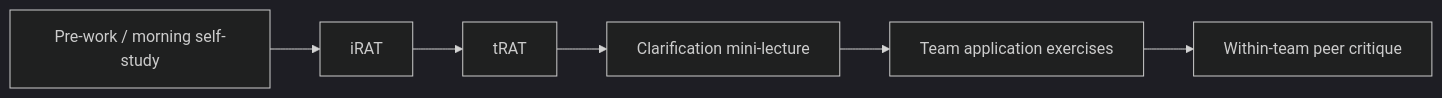
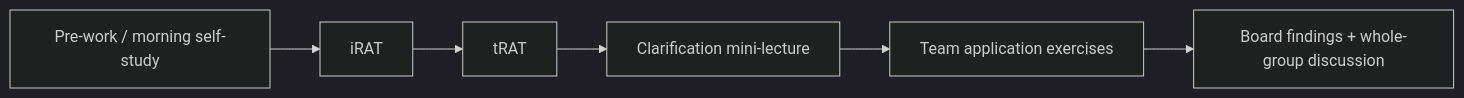
Before and after one commit to noacs-io/principles-and-workflows-for-reproducible-science: the diagram in plan/session-plan.qmd, drawn with Mermaid (dark theme). The commit also changed other lines of this file and 12 other files, not shown here.

````diff
--- a/plan/session-plan.qmd
+++ b/plan/session-plan.qmd
@@ -149,8 +149,8 @@
 ```mermaid
 flowchart LR
   A[Pre-work / morning self-study] --> B[iRAT]
   B --> C[tRAT]
   C --> D[Clarification mini-lecture]
   D --> E[Team application exercises]
-  E --> F[Within-team peer critique]
+  E --> F[Board findings + whole-group discussion]
 ```
````
